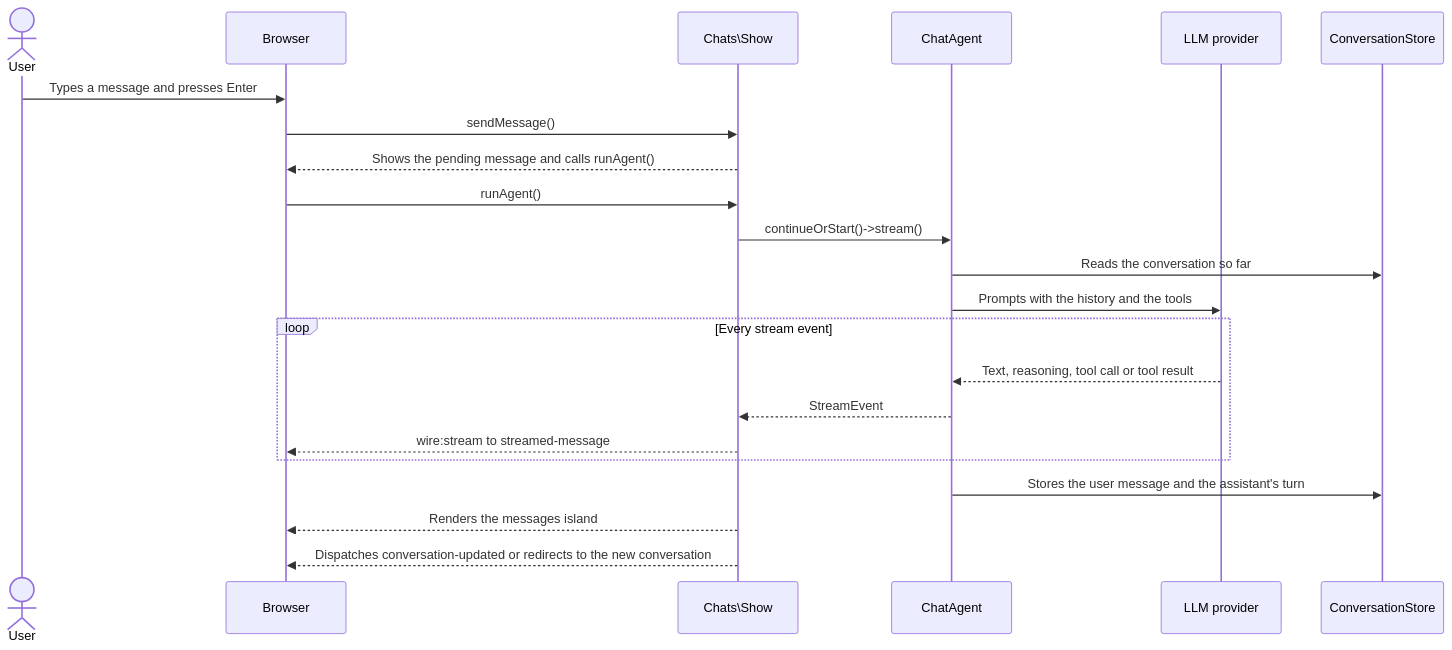
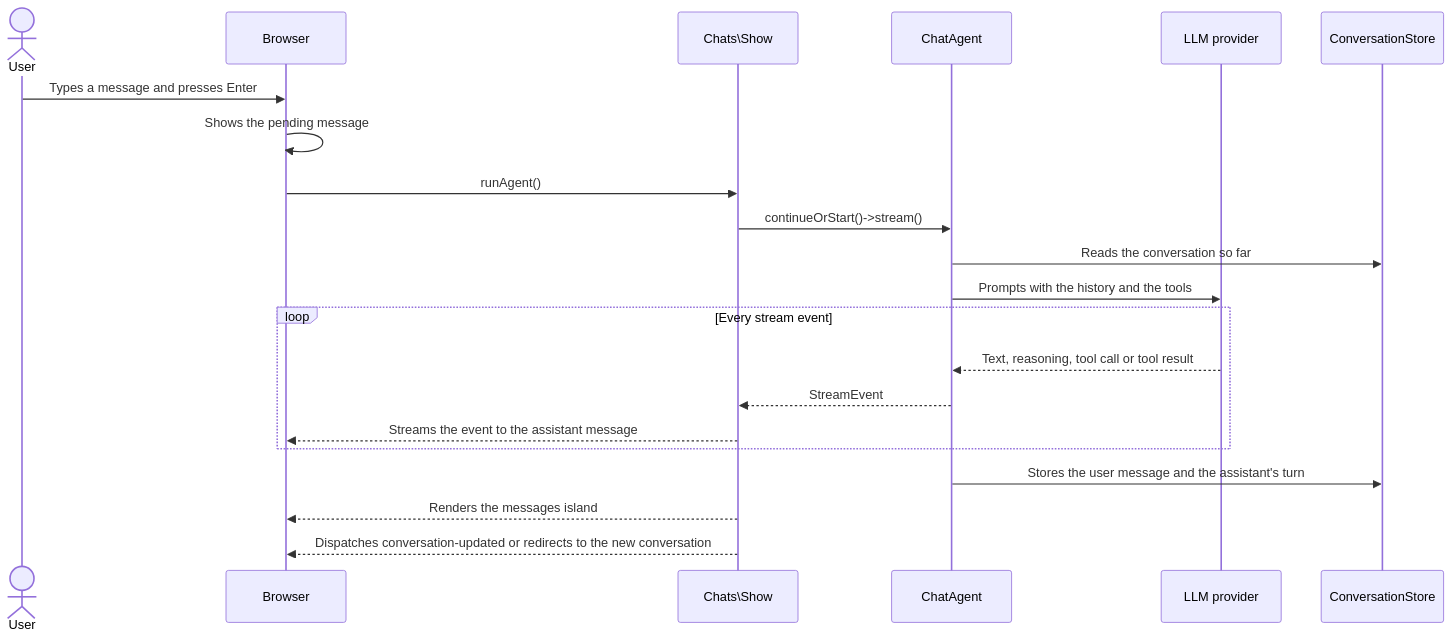
One commit to kauffinger/livewire-chat changed the third of 4 diagrams in README.md. Above: the diagram before and after it, drawn with Mermaid. The commit also changed other lines of this file and 14 other files, not shown here.

First line of the commit message:
refactor: stream ai sdk events straight to the browser (#8)

````diff
--- a/README.md
+++ b/README.md
@@ -244,27 +244,26 @@
 ```mermaid
 sequenceDiagram
     actor User
     participant Browser
     participant Show as Chats\Show
     participant Agent as ChatAgent
     participant Provider as LLM provider
     participant Store as ConversationStore
 
     User->>Browser: Types a message and presses Enter
-    Browser->>Show: sendMessage()
-    Show-->>Browser: Shows the pending message and calls runAgent()
+    Browser->>Browser: Shows the pending message
     Browser->>Show: runAgent()
     Show->>Agent: continueOrStart()->stream()
     Agent->>Store: Reads the conversation so far
     Agent->>Provider: Prompts with the history and the tools
 
     loop Every stream event
         Provider-->>Agent: Text, reasoning, tool call or tool result
         Agent-->>Show: StreamEvent
-        Show-->>Browser: wire:stream to streamed-message
+        Show-->>Browser: Streams the event to the assistant message
     end
 
     Agent->>Store: Stores the user message and the assistant's turn
     Show-->>Browser: Renders the messages island
     Show-->>Browser: Dispatches conversation-updated or redirects to the new conversation
 ```
````
